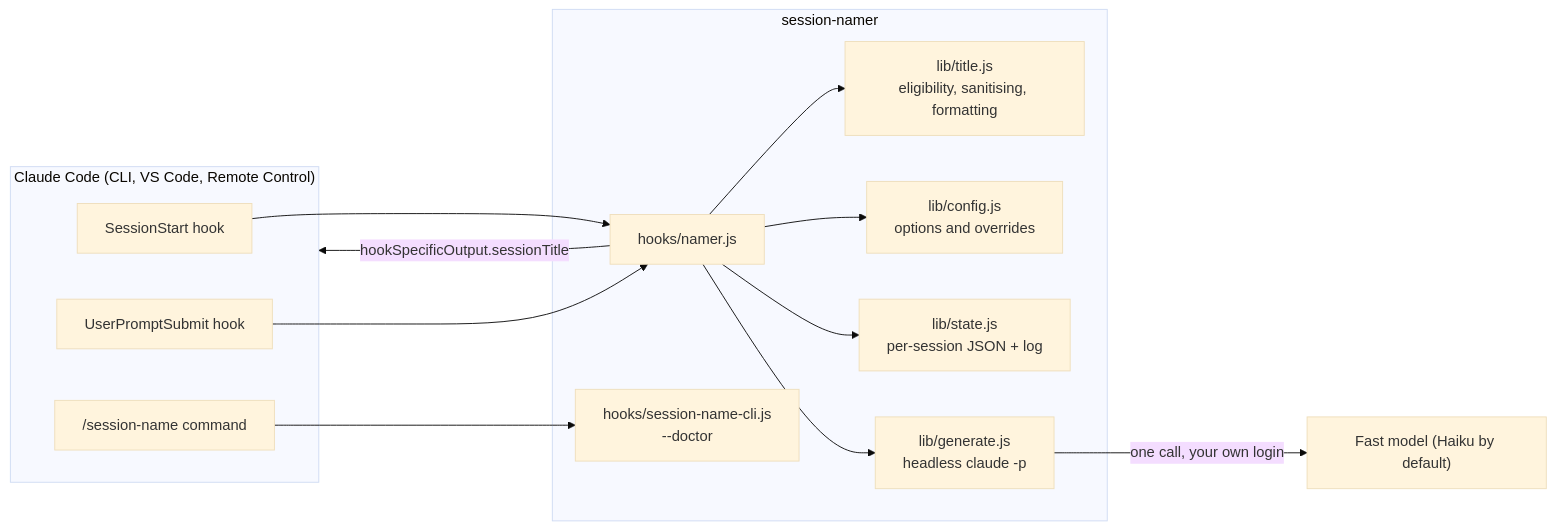
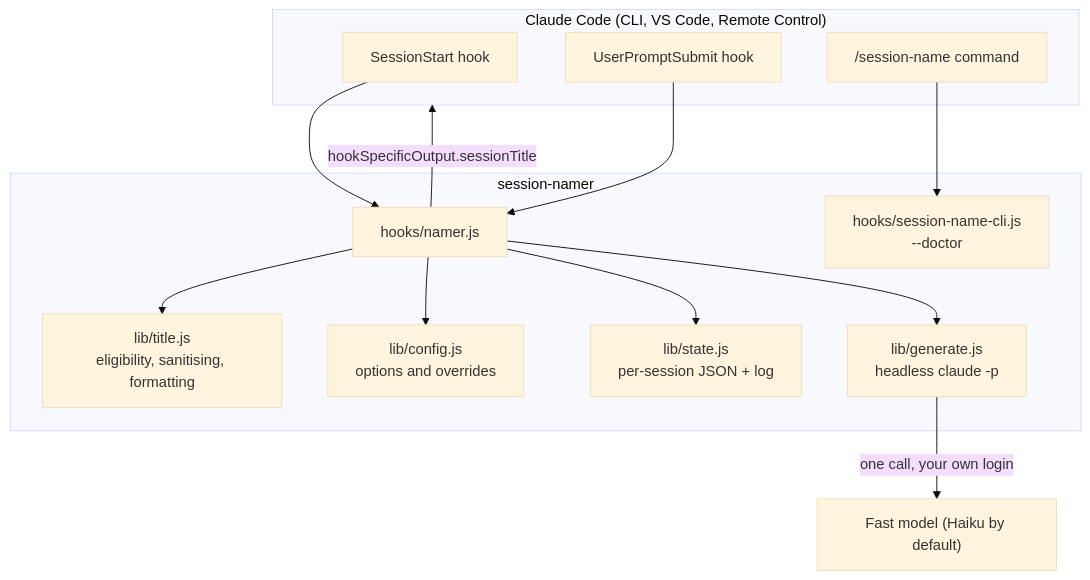
Before and after one commit to brunobola-portfolio/claude-session-namer: the first of 3 diagrams in docs/architecture.md, drawn with Mermaid (base theme). The commit also changed other lines of this file and 61 other files, not shown here.

````diff
--- a/docs/architecture.md
+++ b/docs/architecture.md
@@ -10,23 +10,23 @@
 ```mermaid
-flowchart LR
+flowchart TB
   subgraph CC["Claude Code (CLI, VS Code, Remote Control)"]
     SS["SessionStart hook"]
     UPS["UserPromptSubmit hook"]
     CMD["/session-name command"]
   end
   subgraph Plugin["session-namer"]
     N["hooks/namer.js"]
     T["lib/title.js<br/>eligibility, sanitising, formatting"]
     G["lib/generate.js<br/>headless claude -p"]
     C["lib/config.js<br/>options and overrides"]
     S["lib/state.js<br/>per-session JSON + log"]
     D["hooks/session-name-cli.js<br/>--doctor"]
   end
   SS --> N
   UPS --> N
   CMD --> D
   N --> T & C & S
   N --> G
   G -->|"one call, your own login"| M["Fast model (Haiku by default)"]
   N -->|"hookSpecificOutput.sessionTitle"| CC
 ```
````
